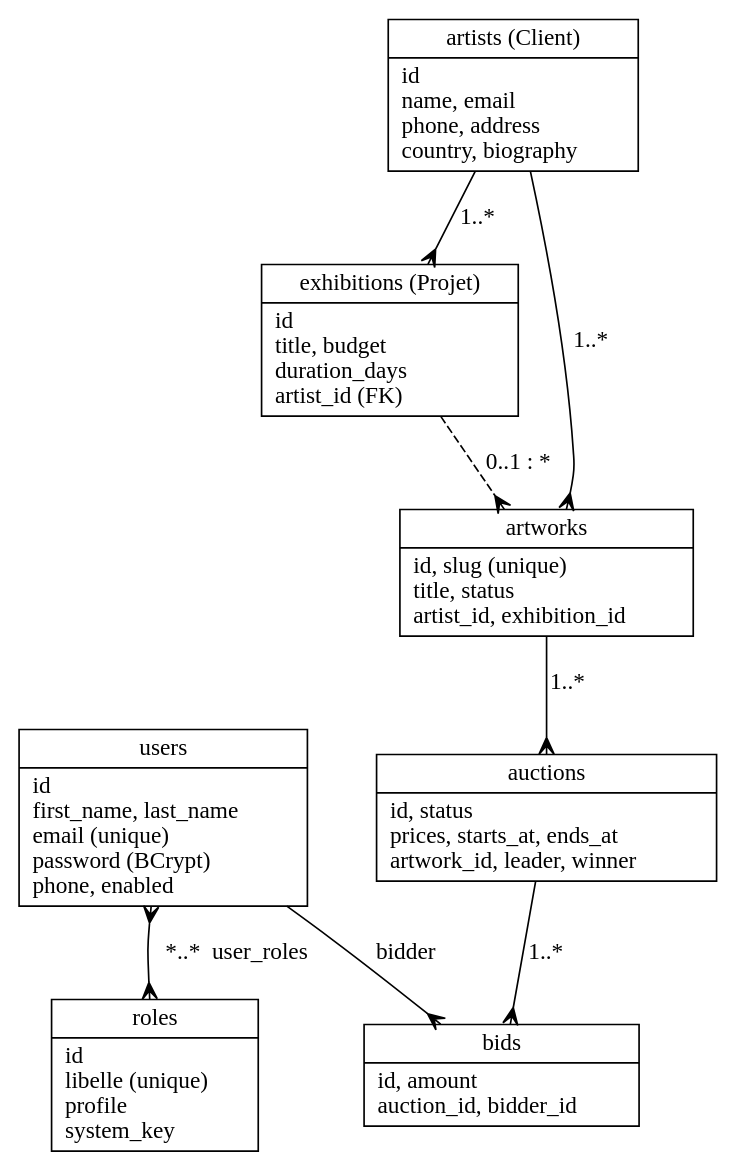
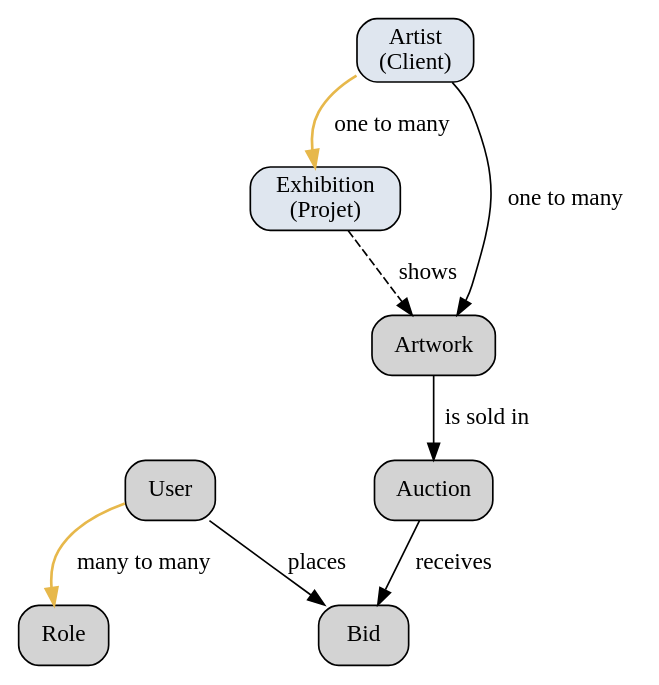
One commit to aziza-bellanes/angluar-springboot-project changed the second of 4 diagrams in docs/pack/cahier-des-charges.md. Above: the diagram before and after it, drawn with Graphviz. The commit also changed other lines of this file and 15 other files, not shown here.

````diff
--- a/docs/pack/cahier-des-charges.md
+++ b/docs/pack/cahier-des-charges.md
@@ -209,20 +101,12 @@
 ```dot
 digraph {
-  rankdir=TB; nodesep=0.5; ranksep=0.55;
-  node[shape=record];
-  user[label="{users|id\lfirst_name, last_name\lemail (unique)\lpassword (BCrypt)\lphone, enabled\l}"];
-  role[label="{roles|id\llibelle (unique)\lprofile\lsystem_key\l}"];
-  artist[label="{artists (Client)|id\lname, email\lphone, address\lcountry, biography\l}"];
-  exh[label="{exhibitions (Projet)|id\ltitle, budget\lduration_days\lartist_id (FK)\l}"];
-  art[label="{artworks|id, slug (unique)\ltitle, status\lartist_id, exhibition_id\l}"];
-  auc[label="{auctions|id, status\lprices, starts_at, ends_at\lartwork_id, leader, winner\l}"];
-  bid[label="{bids|id, amount\lauction_id, bidder_id\l}"];
-  user -> role [label="*..*  user_roles",dir=both,arrowtail=crow,arrowhead=crow];
-  artist -> exh [label="1..*",arrowhead=crow];
-  artist -> art [label="1..*",arrowhead=crow];
-  exh -> art [label="0..1 : *",arrowhead=crow,style=dashed];
-  art -> auc [label="1..*",arrowhead=crow];
-  auc -> bid [label="1..*",arrowhead=crow];
-  user -> bid [label="bidder",arrowhead=crow];
+  rankdir=TB; nodesep=0.45; ranksep=0.5;
+  node[shape=box,style="rounded,filled"];
+  user[label="User"]; role[label="Role"]; artist[label="Artist\n(Client)",fillcolor="#dfe6ef"]; exh[label="Exhibition\n(Projet)",fillcolor="#dfe6ef"];
+  art[label="Artwork"]; auc[label="Auction"]; bid[label="Bid"];
+  user -> role [label="many to many",penwidth=1.6,color="#e7b84b"];
+  artist -> exh [label="one to many",penwidth=1.6,color="#e7b84b"];
+  artist -> art [label="one to many"]; exh -> art [label="shows",style=dashed];
+  art -> auc [label="is sold in"]; auc -> bid [label="receives"]; user -> bid [label="places"];
 }
 ```
````
